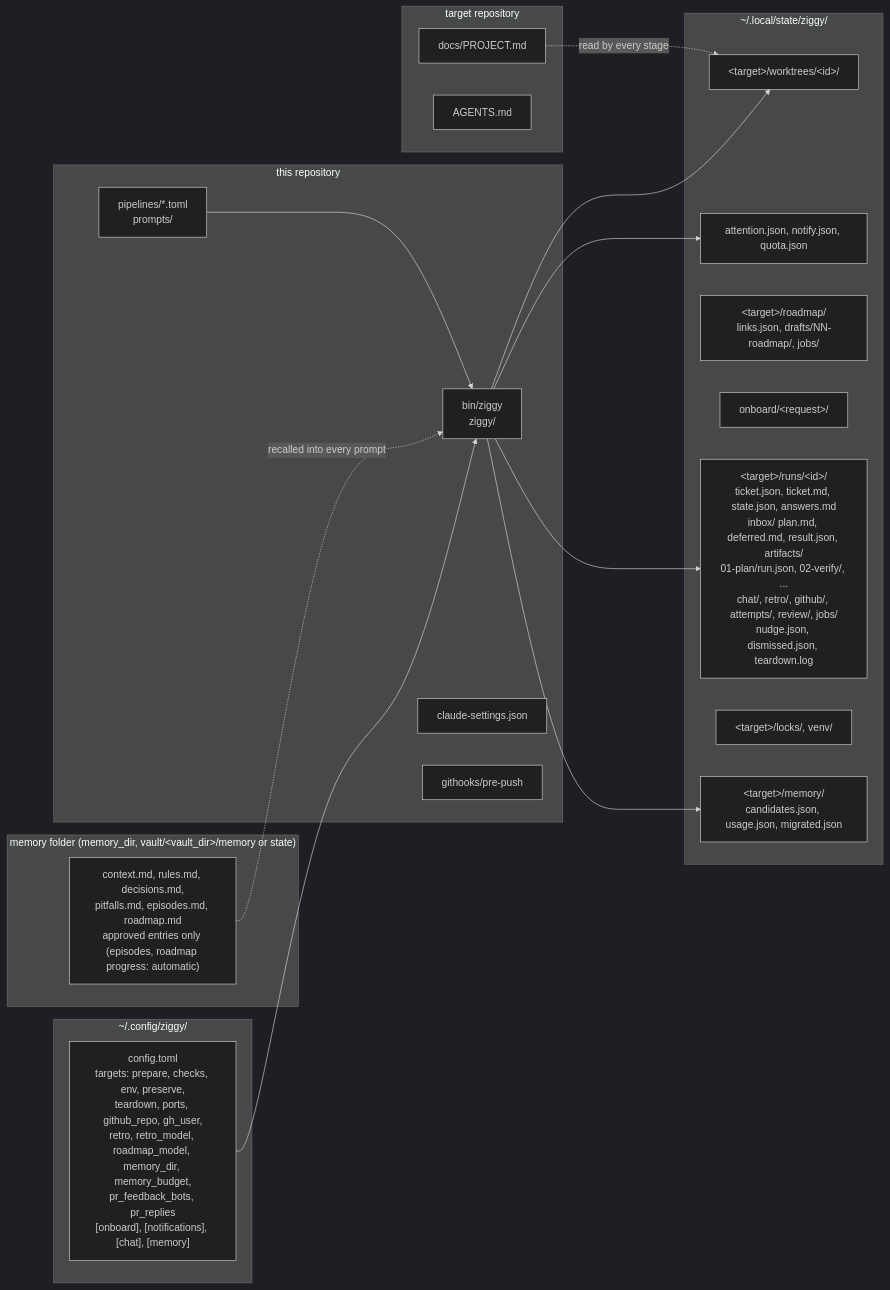
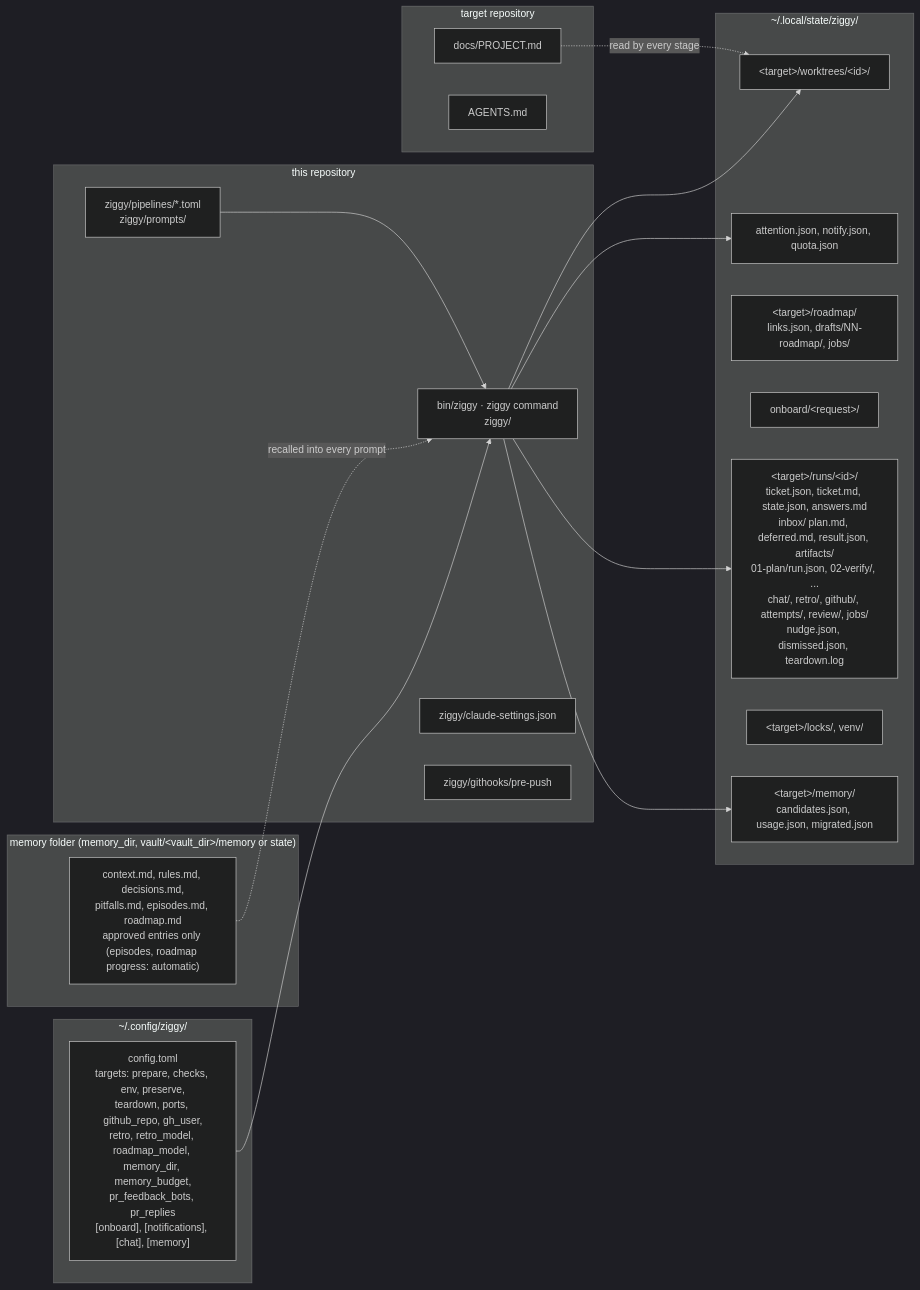
The ninth of 19 diagrams in docs/how-it-works.md (ilkeryasin8/ziggy-agent), drawn with Mermaid (dark theme) before and after one commit. The commit also changed other lines of this file and 291 other files, not shown here.

````diff
--- a/docs/how-it-works.md
+++ b/docs/how-it-works.md
@@ -507,36 +531,36 @@
 ```mermaid
 flowchart LR
     subgraph repo["this repository"]
-        bin["bin/ziggy<br/>ziggy/"]
-        pls["pipelines/*.toml<br/>prompts/"]
-        settings["claude-settings.json"]
-        hooks["githooks/pre-push"]
+        bin["bin/ziggy · ziggy command<br/>ziggy/"]
+        pls["ziggy/pipelines/*.toml<br/>ziggy/prompts/"]
+        settings["ziggy/claude-settings.json"]
+        hooks["ziggy/githooks/pre-push"]
     end
     subgraph personal["~/.config/ziggy/"]
         cfg["config.toml<br/>targets: prepare, checks, env, preserve,<br/>teardown, ports, github_repo, gh_user,<br/>retro, retro_model, roadmap_model, memory_dir, memory_budget,<br/>pr_feedback_bots, pr_replies<br/>[onboard], [notifications], [chat], [memory]"]
     end
     subgraph memdir["memory folder (memory_dir, vault/&lt;vault_dir&gt;/memory or state)"]
         mem["context.md, rules.md, decisions.md,<br/>pitfalls.md, episodes.md, roadmap.md<br/>approved entries only (episodes, roadmap progress: automatic)"]
     end
     subgraph state["~/.local/state/ziggy/"]
         runs["&lt;target&gt;/runs/&lt;id&gt;/<br/>ticket.json, ticket.md, state.json, answers.md<br/>inbox/ plan.md, deferred.md, result.json, artifacts/<br/>01-plan/run.json, 02-verify/, ...<br/>chat/, retro/, github/, attempts/, review/, jobs/<br/>nudge.json, dismissed.json, teardown.log"]
         memstate["&lt;target&gt;/memory/<br/>candidates.json, usage.json, migrated.json"]
         roadstate["&lt;target&gt;/roadmap/<br/>links.json, drafts/NN-roadmap/, jobs/"]
         onb["onboard/&lt;request&gt;/"]
         wts["&lt;target&gt;/worktrees/&lt;id&gt;/"]
         locks["&lt;target&gt;/locks/, venv/"]
         ledger["attention.json, notify.json, quota.json"]
     end
     subgraph tgt["target repository"]
         doc["docs/PROJECT.md"]
         agents["AGENTS.md"]
     end
     cfg --> bin
     mem -. "recalled into every prompt" .-> bin
     bin --> memstate
     pls --> bin
     bin --> runs
     bin --> ledger
     bin --> wts
     doc -. "read by every stage" .-> wts
 ```
````
